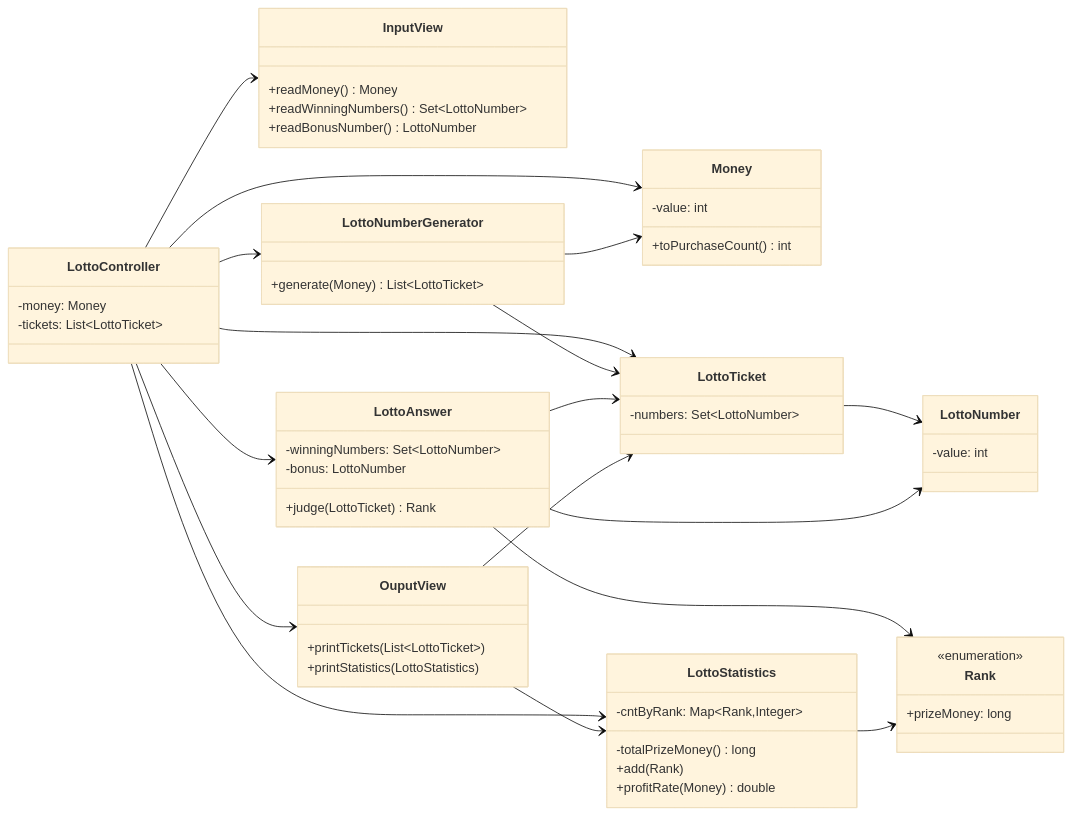
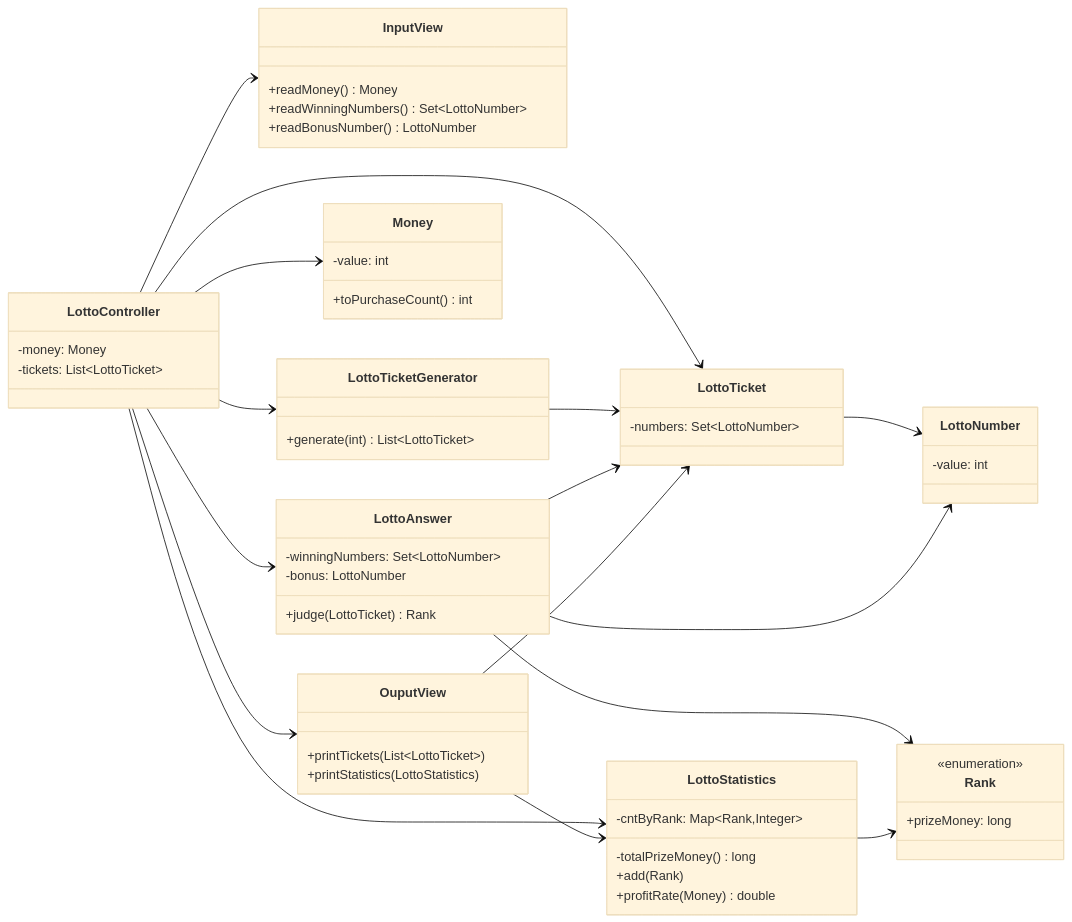
The diagram in README.md (Lujaec/java-lotto-kakao), drawn with Mermaid (base theme) before and after one commit. The commit also changed other lines of this file and 2 other files, not shown here.

Commit message:
docs: LottoNumberGenerator를 LottoTicketGenerator로 수정

````diff
--- a/README.md
+++ b/README.md
@@ -68,72 +68,71 @@
 ```mermaid
 classDiagram
 direction LR
 
 class InputView {
   +readMoney() Money
   +readWinningNumbers() Set~LottoNumber~
   +readBonusNumber() LottoNumber
 }
 
 class OuputView {
   +printTickets(List~LottoTicket~)
   +printStatistics(LottoStatistics)
 }
 
 class LottoController {
   -money: Money
   -tickets: List~LottoTicket~
 }
 
 class Money {
   -value: int
   +toPurchaseCount() int
 }
 
 class LottoTicket {
   -numbers: Set~LottoNumber~
 }
 
 class LottoNumber {
   -value: int
 }
 
-class LottoNumberGenerator {
-  +generate(Money) List~LottoTicket~
+class LottoTicketGenerator {
+  +generate(int) List~LottoTicket~
 }
 
 class LottoAnswer {
   -winningNumbers: Set~LottoNumber~
   -bonus: LottoNumber
   +judge(LottoTicket) Rank
 }
 
 class Rank {
   <<enumeration>>
   +prizeMoney: long
 }
 
 class LottoStatistics {
   -cntByRank: Map~Rank,Integer~
   -totalPrizeMoney() long
   +add(Rank)
   +profitRate(Money) double
 }
 
 LottoController --> InputView
 LottoController --> OuputView
 LottoController --> Money
 LottoController --> LottoTicket
-LottoController --> LottoNumberGenerator
+LottoController --> LottoTicketGenerator
 LottoController --> LottoAnswer
 LottoController --> LottoStatistics
 LottoTicket --> LottoNumber
-LottoNumberGenerator --> Money
-LottoNumberGenerator --> LottoTicket
+LottoTicketGenerator --> LottoTicket
 LottoAnswer --> LottoNumber
 LottoAnswer --> LottoTicket
 LottoAnswer --> Rank
 LottoStatistics --> Rank
 OuputView --> LottoTicket
 OuputView --> LottoStatistics
 ```
````
